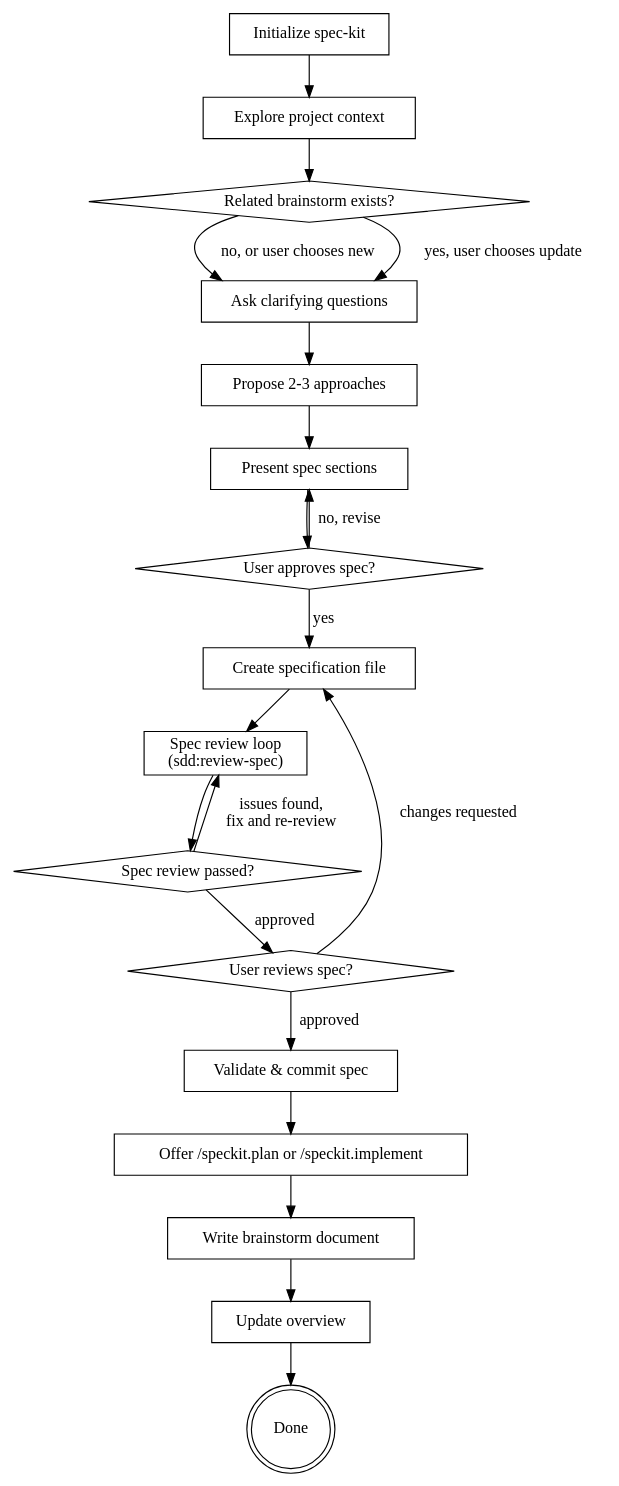
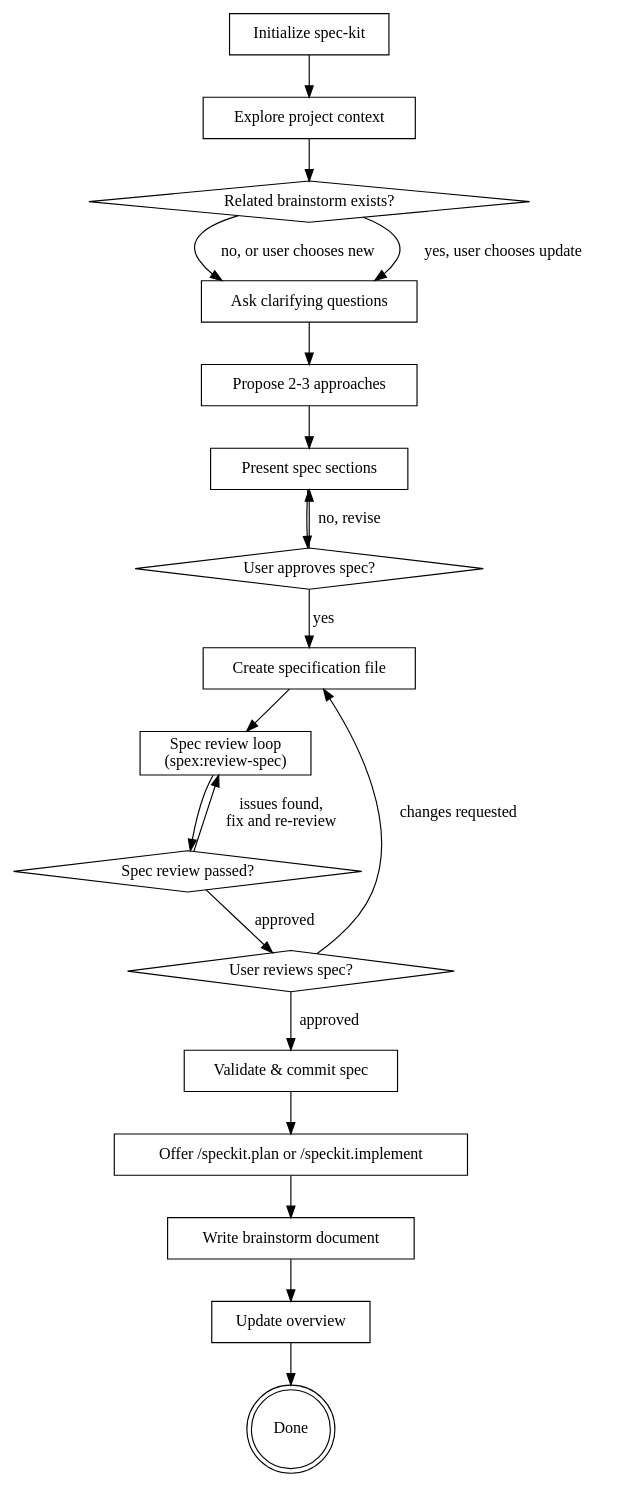
The diagram in spex/skills/brainstorm/SKILL.md (rhuss/cc-sdd), drawn with Graphviz before and after one commit. The commit also changed other lines of this file and 13 other files, not shown here.

Commit message:
Update skill files: sdd: prefix to spex: (T017-T030)

````diff
--- a/spex/skills/brainstorm/SKILL.md
+++ b/spex/skills/brainstorm/SKILL.md
@@ -60,40 +60,40 @@
 ```dot
 digraph brainstorming {
     "Initialize spec-kit" [shape=box];
     "Explore project context" [shape=box];
     "Related brainstorm exists?" [shape=diamond];
     "Ask clarifying questions" [shape=box];
     "Propose 2-3 approaches" [shape=box];
     "Present spec sections" [shape=box];
     "User approves spec?" [shape=diamond];
     "Create specification file" [shape=box];
-    "Spec review loop\n(sdd:review-spec)" [shape=box];
+    "Spec review loop\n(spex:review-spec)" [shape=box];
     "Spec review passed?" [shape=diamond];
     "User reviews spec?" [shape=diamond];
     "Validate & commit spec" [shape=box];
     "Offer /speckit.plan or /speckit.implement" [shape=box];
     "Write brainstorm document" [shape=box];
     "Update overview" [shape=box];
     "Done" [shape=doublecircle];
 
     "Initialize spec-kit" -> "Explore project context";
     "Explore project context" -> "Related brainstorm exists?";
     "Related brainstorm exists?" -> "Ask clarifying questions" [label="no, or user chooses new"];
     "Related brainstorm exists?" -> "Ask clarifying questions" [label="yes, user chooses update"];
     "Ask clarifying questions" -> "Propose 2-3 approaches";
     "Propose 2-3 approaches" -> "Present spec sections";
     "Present spec sections" -> "User approves spec?";
     "User approves spec?" -> "Present spec sections" [label="no, revise"];
     "User approves spec?" -> "Create specification file" [label="yes"];
-    "Create specification file" -> "Spec review loop\n(sdd:review-spec)";
-    "Spec review loop\n(sdd:review-spec)" -> "Spec review passed?";
-    "Spec review passed?" -> "Spec review loop\n(sdd:review-spec)" [label="issues found,\nfix and re-review"];
+    "Create specification file" -> "Spec review loop\n(spex:review-spec)";
+    "Spec review loop\n(spex:review-spec)" -> "Spec review passed?";
+    "Spec review passed?" -> "Spec review loop\n(spex:review-spec)" [label="issues found,\nfix and re-review"];
     "Spec review passed?" -> "User reviews spec?" [label="approved"];
     "User reviews spec?" -> "Create specification file" [label="changes requested"];
     "User reviews spec?" -> "Validate & commit spec" [label="approved"];
     "Validate & commit spec" -> "Offer /speckit.plan or /speckit.implement";
     "Offer /speckit.plan or /speckit.implement" -> "Write brainstorm document";
     "Write brainstorm document" -> "Update overview";
     "Update overview" -> "Done";
 }
 ```
````
